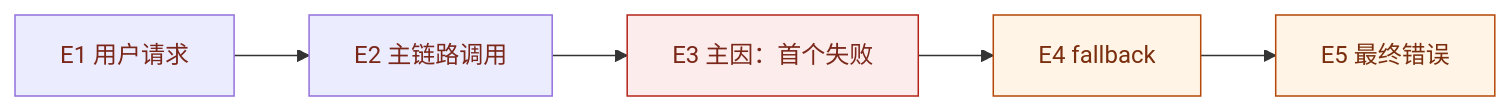
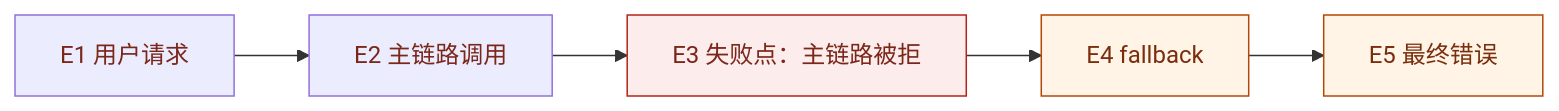
The diagram in skills/agent-trace-diagnoser/references/visualization-guide.md (PANGKAIFENG/ai-product-manager-skills), drawn with Mermaid before and after one commit. The commit also changed other lines of this file and 17 other files, not shown here.

````diff
--- a/skills/agent-trace-diagnoser/references/visualization-guide.md
+++ b/skills/agent-trace-diagnoser/references/visualization-guide.md
@@ -32,11 +32,11 @@
 ```mermaid
 flowchart LR
   A["E1 用户请求"] --> B["E2 主链路调用"]
-  B --> C["E3 主因：首个失败"]
+  B --> C["E3 失败点：主链路被拒"]
   C --> D["E4 fallback"]
   D --> E["E5 最终错误"]
   class C root
   class D,E amplifier
   classDef root fill:#FDECEC,stroke:#B42318,color:#7A271A
   classDef amplifier fill:#FFF4E5,stroke:#B54708,color:#7A2E0E
 ```
````
